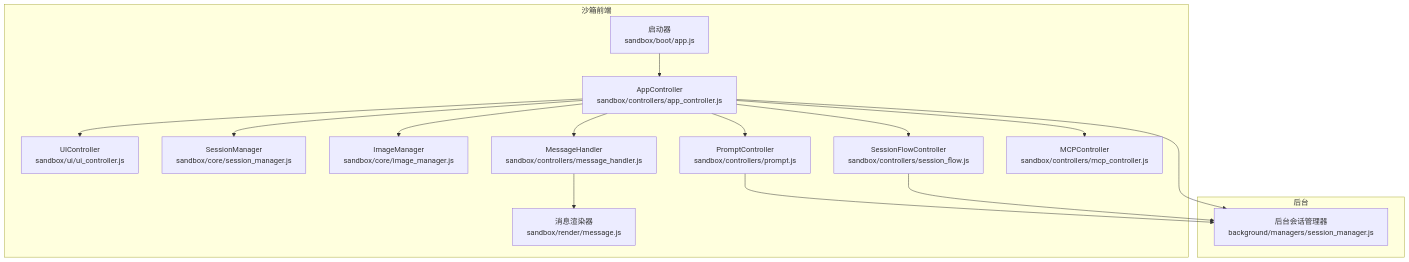
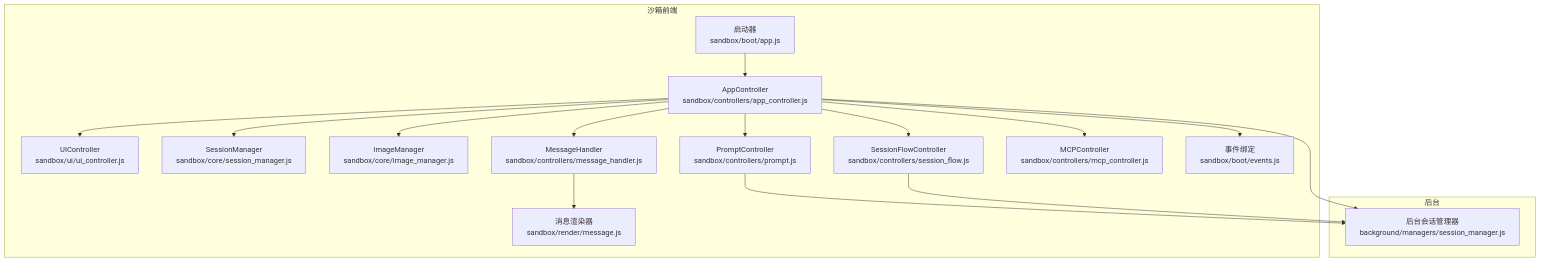
Before and after one commit to SEVENTEEN-TAN/gemini-nexus: the first of 10 diagrams in .qoder/repowiki/zh/content/架构设计/整体架构/Sandbox沙箱环境/沙箱核心控制器.md, drawn with Mermaid. The commit also changed other lines of this file and 16 other files, not shown here.

````diff
--- a/.qoder/repowiki/zh/content/架构设计/整体架构/Sandbox沙箱环境/沙箱核心控制器.md
+++ b/.qoder/repowiki/zh/content/架构设计/整体架构/Sandbox沙箱环境/沙箱核心控制器.md
@@ -43,30 +51,32 @@
 ```mermaid
 graph TB
 subgraph "沙箱前端"
 Boot["启动器<br/>sandbox/boot/app.js"]
 App["AppController<br/>sandbox/controllers/app_controller.js"]
 UI["UIController<br/>sandbox/ui/ui_controller.js"]
 SM["SessionManager<br/>sandbox/core/session_manager.js"]
 IM["ImageManager<br/>sandbox/core/image_manager.js"]
 MH["MessageHandler<br/>sandbox/controllers/message_handler.js"]
 SF["SessionFlowController<br/>sandbox/controllers/session_flow.js"]
 PC["PromptController<br/>sandbox/controllers/prompt.js"]
 MC["MCPController<br/>sandbox/controllers/mcp_controller.js"]
 MR["消息渲染器<br/>sandbox/render/message.js"]
+Events["事件绑定<br/>sandbox/boot/events.js"]
 end
 subgraph "后台"
 BGSM["后台会话管理器<br/>background/managers/session_manager.js"]
 end
 Boot --> App
 App --> SM
 App --> UI
 App --> IM
 App --> MH
 App --> SF
 App --> PC
 App --> MC
 MH --> MR
 PC --> BGSM
 SF --> BGSM
 App --> BGSM
+App --> Events
 ```
````
